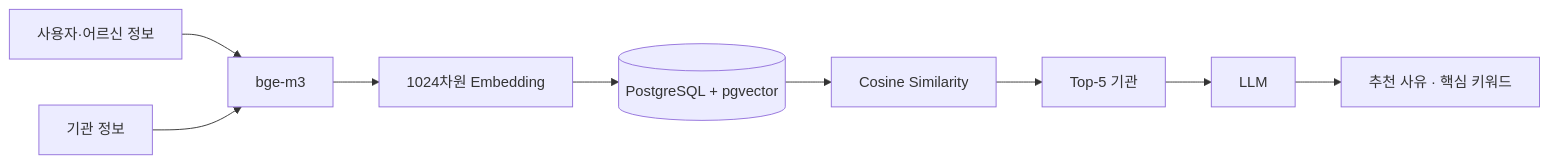
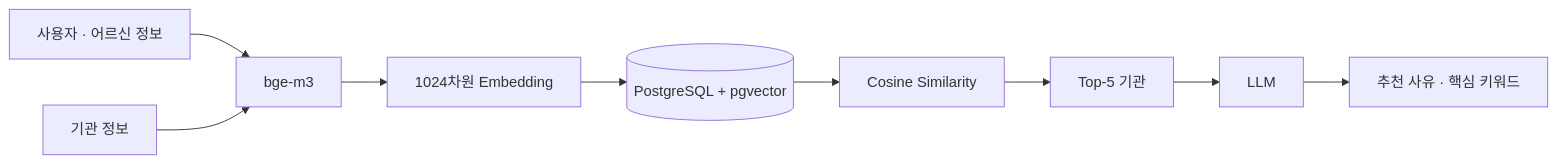
The fifth of 7 diagrams in README.md (clainyun/caring-showcase), drawn with Mermaid before and after one commit. The commit also changed other lines of this file, not shown here.

````diff
--- a/README.md
+++ b/README.md
@@ -564,11 +545,14 @@
 ```mermaid
 flowchart LR
-    A[사용자·어르신 정보] --> B[bge-m3]
+    A[사용자 · 어르신 정보] --> B[bge-m3]
     C[기관 정보] --> B
+
     B --> D[1024차원 Embedding]
     D --> E[(PostgreSQL + pgvector)]
+
     E --> F[Cosine Similarity]
     F --> G[Top-5 기관]
+
     G --> H[LLM]
     H --> I[추천 사유 · 핵심 키워드]
 ```
````
